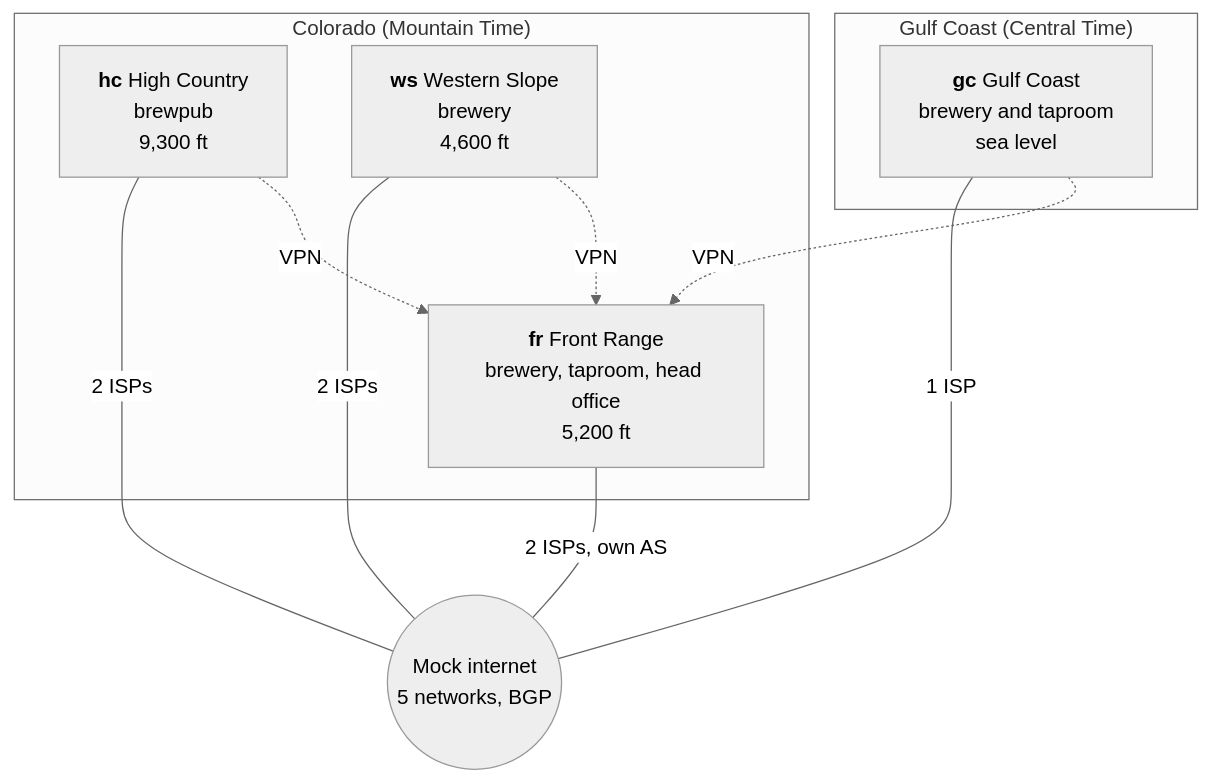
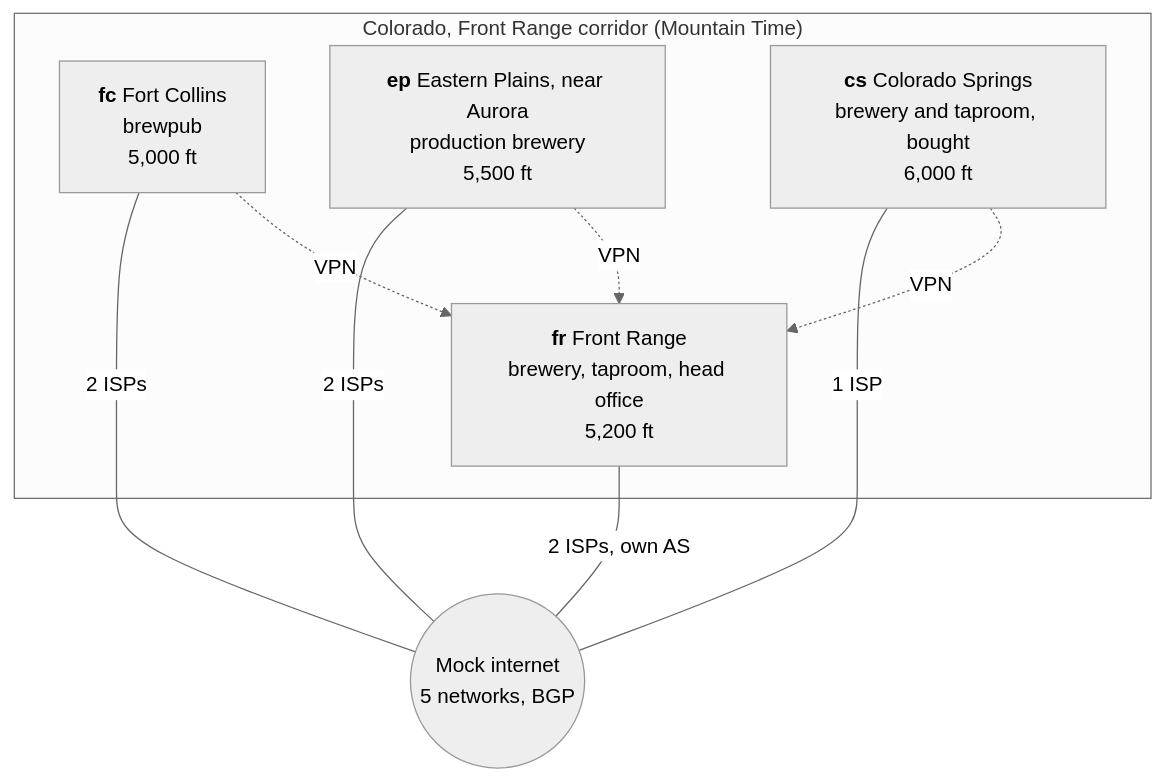
One commit to GhostofGoes/sceptre-phenix-topologies changed the second of 10 diagrams in cherrymountain-brewery/docs/multisite/PLANS.md. Above: the diagram before and after it, drawn with Mermaid (neutral theme). The commit also changed other lines of this file and 50 other files, not shown here.

````diff
--- a/cherrymountain-brewery/docs/multisite/PLANS.md
+++ b/cherrymountain-brewery/docs/multisite/PLANS.md
@@ -86,19 +169,17 @@
 ```mermaid
 flowchart TB
-  subgraph CO["Colorado (Mountain Time)"]
+  subgraph CO["Colorado, Front Range corridor (Mountain Time)"]
+    FC["<b>fc</b> Fort Collins<br/>brewpub<br/>5,000 ft"]
     FR["<b>fr</b> Front Range<br/>brewery, taproom, head office<br/>5,200 ft"]
-    HC["<b>hc</b> High Country<br/>brewpub<br/>9,300 ft"]
-    WS["<b>ws</b> Western Slope<br/>brewery<br/>4,600 ft"]
-  end
-  subgraph GULF["Gulf Coast (Central Time)"]
-    GC["<b>gc</b> Gulf Coast<br/>brewery and taproom<br/>sea level"]
+    EP["<b>ep</b> Eastern Plains, near Aurora<br/>production brewery<br/>5,500 ft"]
+    CS["<b>cs</b> Colorado Springs<br/>brewery and taproom, bought<br/>6,000 ft"]
   end
   NET(("Mock internet<br/>5 networks, BGP"))
   FR ---|"2 ISPs, own AS"| NET
-  HC ---|"2 ISPs"| NET
-  WS ---|"2 ISPs"| NET
-  GC ---|"1 ISP"| NET
-  HC -. "VPN" .-> FR
-  WS -. "VPN" .-> FR
-  GC -. "VPN" .-> FR
+  FC ---|"2 ISPs"| NET
+  EP ---|"2 ISPs"| NET
+  CS ---|"1 ISP"| NET
+  FC -. "VPN" .-> FR
+  EP -. "VPN" .-> FR
+  CS -. "VPN" .-> FR
 ```
````
